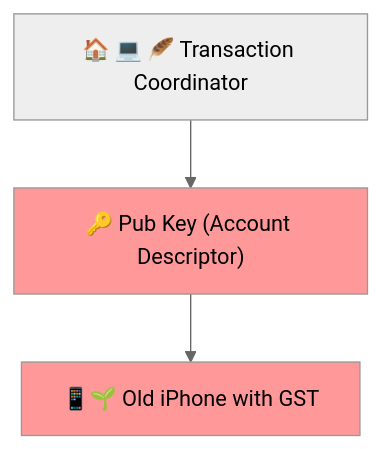
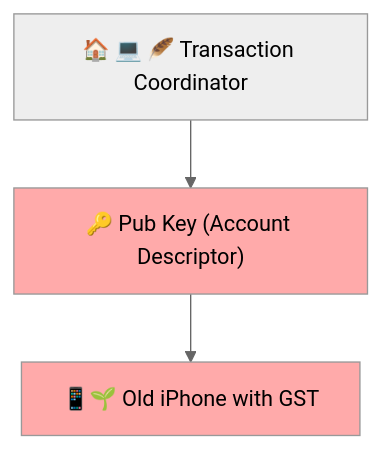
Before and after one commit to BlockchainCommons/SmartCustody: diagram 14 of 27 in Docs/Scenario-Multisig.md, drawn with Mermaid (neutral theme). The commit also changed other lines of this file, not shown here.

````diff
--- a/Docs/Scenario-Multisig.md
+++ b/Docs/Scenario-Multisig.md
@@ -536,11 +536,11 @@
 ```mermaid
     graph TD;
     A["🏠 💻 🪶 Transaction Coordinator"]
     B["🔑 Pub Key (Account Descriptor)"]
     C["📱🌱 Old iPhone with GST"]
 
     A-->B-->C
     
-    style B color:#000,fill:#ff9999;
-    style C color:#000,fill:#ff9999;
+    style B color:#000,fill:#ffaaaa;
+    style C color:#000,fill:#ffaaaa;
 ```
````
